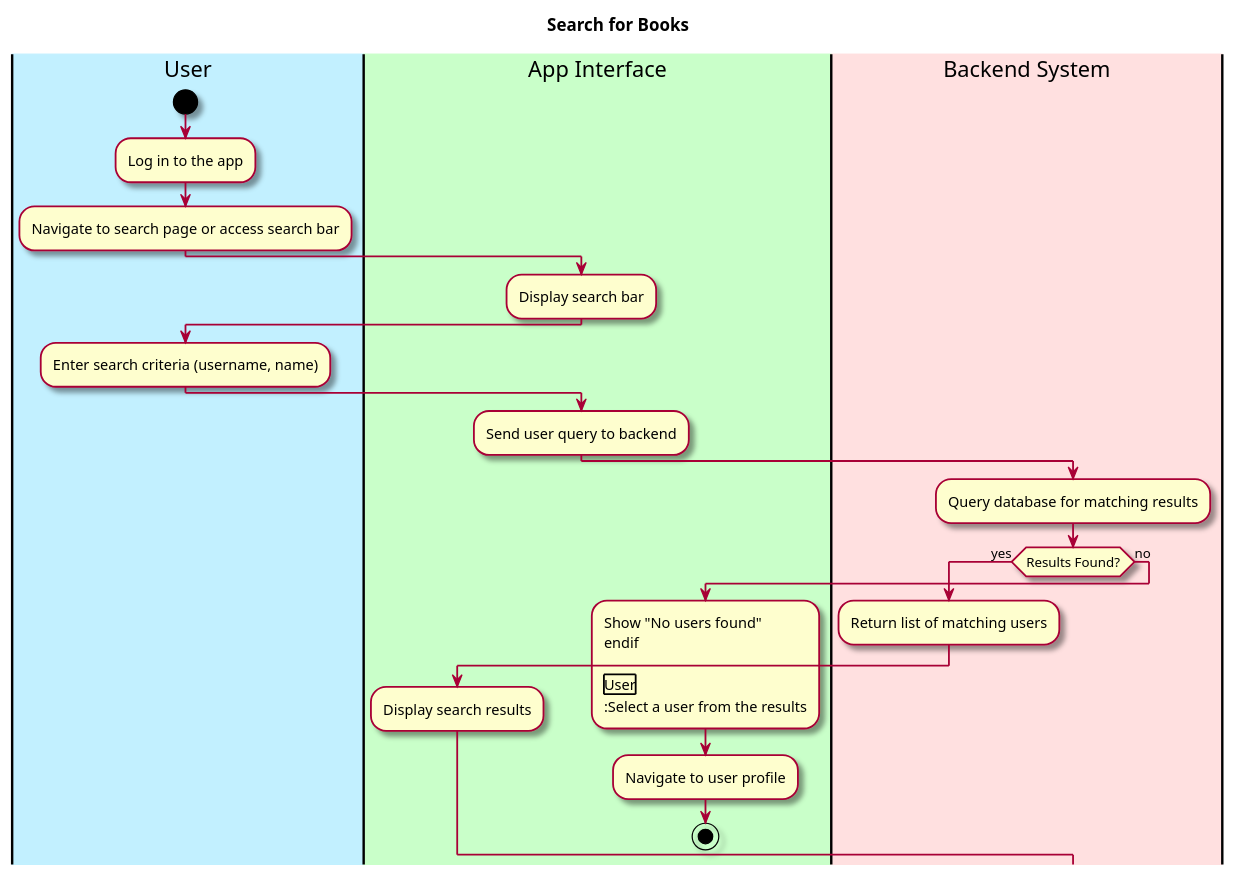
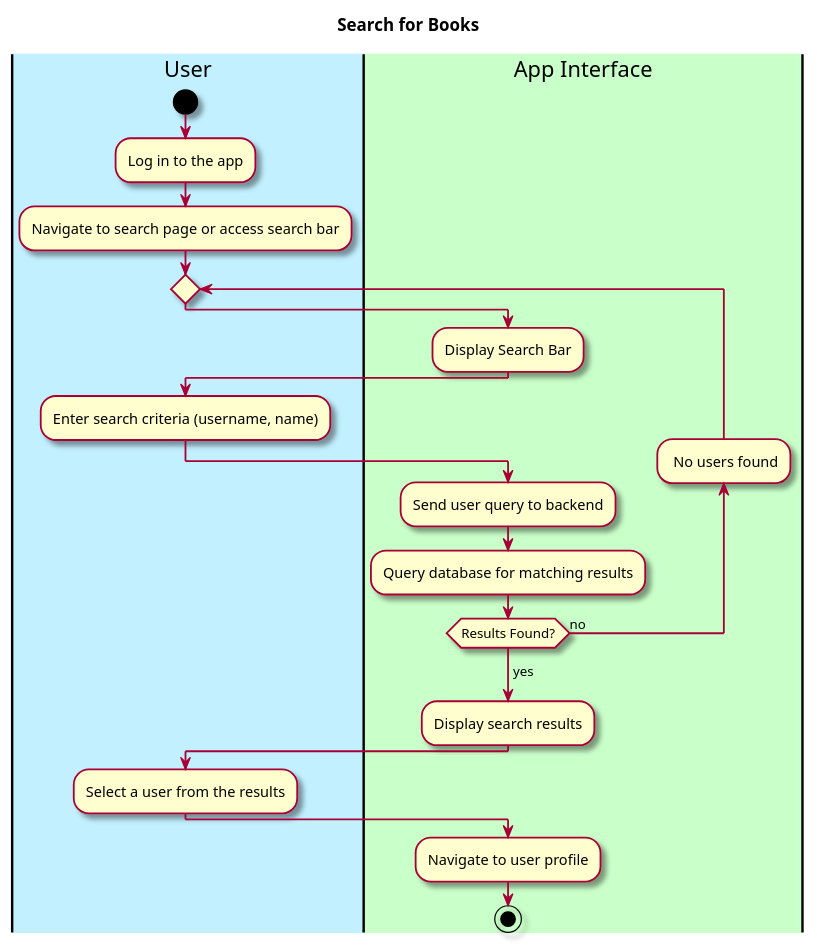
One commit to Khurshid03/team-2b changed the diagram in intellij/doc/use-cases/search-for-users.md. Above: the diagram before and after it, drawn with PlantUML. The commit also changed 5 other files, not shown here.

Commit message:
Edit the use case diagrams for multiple use cases

```````diff
--- a/intellij/doc/use-cases/search-for-users.md
+++ b/intellij/doc/use-cases/search-for-users.md
@@ -29,44 +29,40 @@
 ```plantuml
 @startuml
 
 skin rose
 
 title Search for Books
 
 |#application|User|
 |#technology|App Interface|
-|#Implementation|Backend System|
 
 |User|
 start
 :Log in to the app;
 :Navigate to search page or access search bar;
 
+
+repeat
 |App Interface|
-:Display search bar;
-
+:Display Search Bar;
 |User|
 :Enter search criteria (username, name);
 
 |App Interface|
-:Send user query to backend;
+  :Send user query to backend;
+:Query database for matching results;
+backward: No users found;
+repeat while (Results Found?) is (no)
+->yes;
+  :Display search results;
+  
+ |User|
+  :Select a user from the results;
 
-|Backend System|
-:Query database for matching results;
-if (Results Found?) then (yes)
-  :Return list of matching users;
-  |App Interface|
-  :Display search results;
-else (no)
-  |App Interface|
-  :Show "No users found" 
-endif
-
-|User|
-:Select a user from the results;
 |App Interface|
 :Navigate to user profile;
-stop 
+stop
+
 
 @enduml
 ``````
```````
